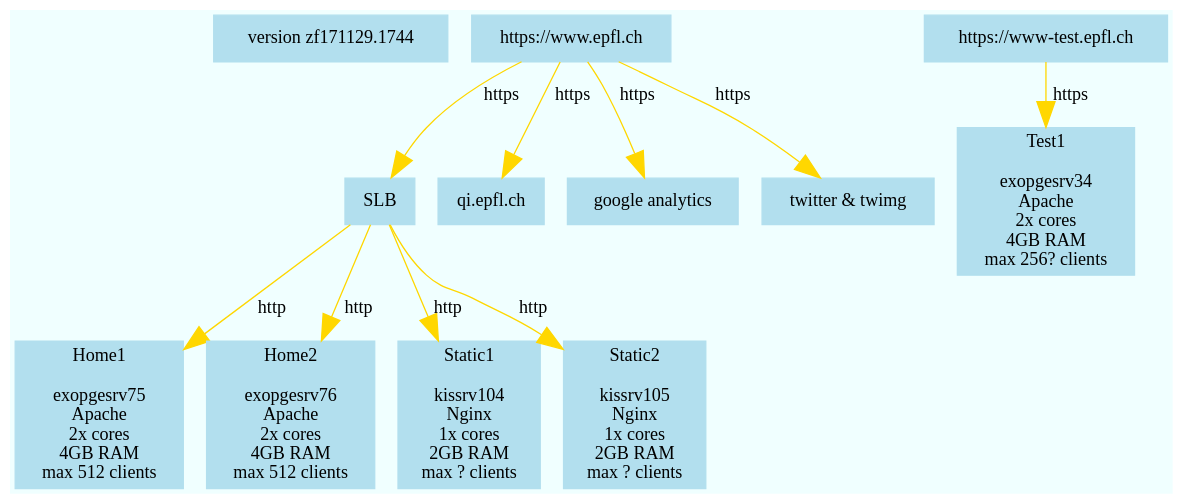
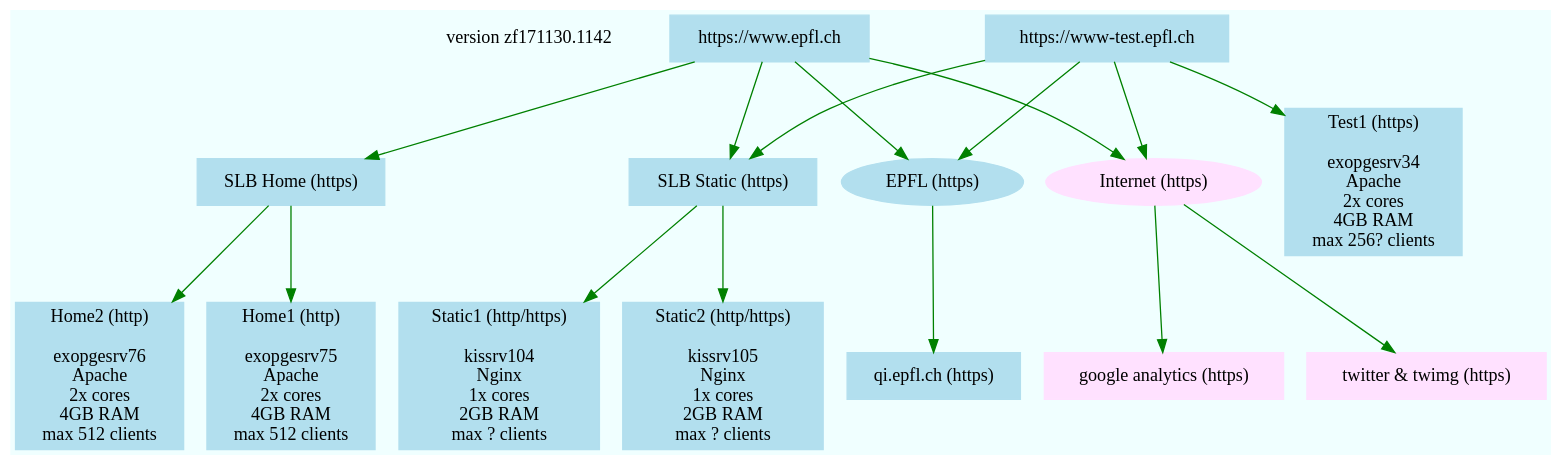
Before and after one commit to epfl-sdf/elk_log: the diagram in projets/www_epfl/infra_www.epfl.ch.dot, drawn with Graphviz. The commit also changed other lines of this file, not shown here.

Commit message:
- nouveau dessin de l'infra

```diff
--- a/projets/www_epfl/infra_www.epfl.ch.dot
+++ b/projets/www_epfl/infra_www.epfl.ch.dot
@@ -1,27 +1,29 @@
 digraph G {
         bgcolor=azure;
         node [shape=box, color=lightblue2, style=filled];
-        edge [arrowsize=2, color=gold];
-        "version zf171129.1744";
-        www -> SLB [label="https"];
-        SLB -> Home1 [label="http"];
-        SLB -> Home2 [label="http"];
-        SLB -> Static1 [label="http"];
-        SLB -> Static2 [label="http"];
-        www -> qi [label="https"];
-        www -> google [label="https"];
-        www -> twitter [label="https"];
+        edge [arrowsize=1, color=green];
+        version;
+        version [label="version zf171130.1142", shape= plaintext, style= ""];
+
+        www -> {SLB_Home; SLB_Static; EPFL; Internet;}
+        www_test -> {Test1; SLB_Static; EPFL; Internet;}
+        SLB_Home -> {Home1; Home2;}
+        SLB_Static -> {Static1; Static2;}
+        EPFL -> {qi;}
+        Internet -> {google; twitter;}
 
         www [label="https://www.epfl.ch"];
-        Home1 [label="Home1\n\nexopgesrv75\nApache\n2x cores\n4GB RAM\nmax 512 clients"];
-        Home2 [label="Home2\n\nexopgesrv76\nApache\n2x cores\n4GB RAM\nmax 512 clients"];
-        Static1 [label="Static1\n\nkissrv104\nNginx\n1x cores\n2GB RAM\nmax ? clients"];
-        Static2 [label="Static2\n\nkissrv105\nNginx\n1x cores\n2GB RAM\nmax ? clients"];
-        qi [label="qi.epfl.ch"];
-        twitter [label="twitter & twimg"];
-        google [label="google analytics"];
-
-        www_test -> Test1 [label="https"];
         www_test [label="https://www-test.epfl.ch"];
-        Test1 [label="Test1\n\nexopgesrv34\nApache\n2x cores\n4GB RAM\nmax 256? clients"];
+        SLB_Home [label="SLB Home (https)"];
+        SLB_Static [label="SLB Static (https)"];
+        EPFL [label="EPFL (https)", shape= ellipse];
+        Internet [label="Internet (https)", shape= ellipse, color=thistle1];
+        Home1 [label="Home1 (http)\n\nexopgesrv75\nApache\n2x cores\n4GB RAM\nmax 512 clients"];
+        Home2 [label="Home2 (http)\n\nexopgesrv76\nApache\n2x cores\n4GB RAM\nmax 512 clients"];
+        Static1 [label="Static1 (http/https)\n\nkissrv104\nNginx\n1x cores\n2GB RAM\nmax ? clients"];
+        Static2 [label="Static2 (http/https)\n\nkissrv105\nNginx\n1x cores\n2GB RAM\nmax ? clients"];
+        qi [label="qi.epfl.ch (https)"];
+        twitter [label="twitter & twimg (https)", color=thistle1];
+        google [label="google analytics (https)", color=thistle1];
+        Test1 [label="Test1 (https)\n\nexopgesrv34\nApache\n2x cores\n4GB RAM\nmax 256? clients"];
 }
```
